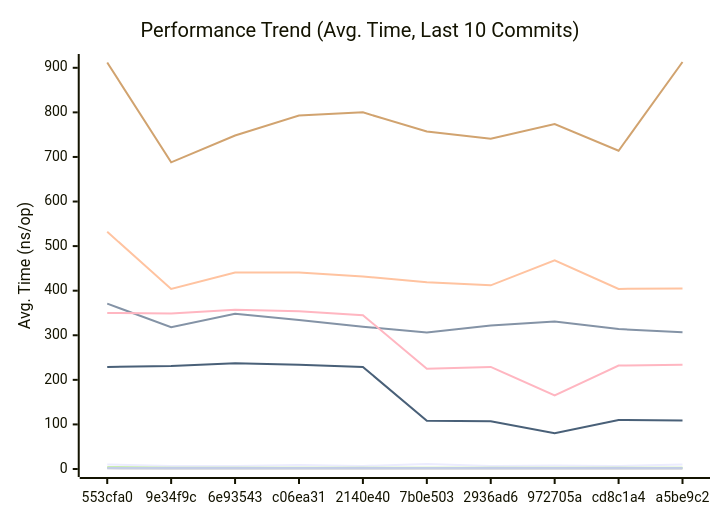
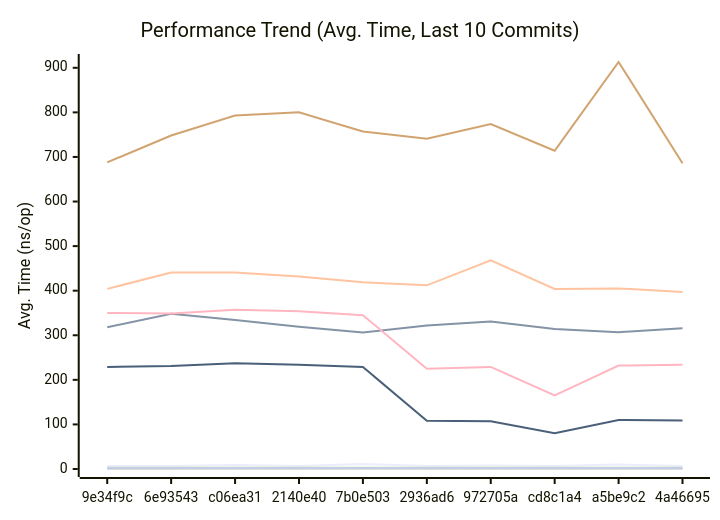
Before and after one commit to alsotoes/momo: the first of 3 diagrams in docs/PERFORMANCE.md, drawn with Mermaid. The commit also changed other lines of this file and 7 other files, not shown here.

````diff
--- a/docs/PERFORMANCE.md
+++ b/docs/PERFORMANCE.md
@@ -80,16 +80,16 @@
 ```mermaid
 xychart-beta
     title "Performance Trend (Avg. Time, Last 10 Commits)"
     x-axis "Commit"
     y-axis "Avg. Time (ns/op)"
-    x-axis [553cfa0,9e34f9c,6e93543,c06ea31,2140e40,7b0e503,2936ad6,972705a,cd8c1a4,a5be9c2]
-    line "CheckMetricsAndSwap" [10,7,7,9,7,11,7,8,7,10]
-    line "CrushOptimized" [371,318,348,334,319,306,322,331,314,307]
-    line "CrushOriginal" [532,404,441,441,432,419,412,468,404,405]
-    line "IndexDirectTracking" [1,0,0,0,0,0,0,0,0,0]
-    line "IndexSearch" [4,3,3,3,3,3,3,3,3,3]
-    line "LoadGlobalConfig" [912,688,748,793,800,757,741,774,714,913]
+    x-axis [9e34f9c,6e93543,c06ea31,2140e40,7b0e503,2936ad6,972705a,cd8c1a4,a5be9c2,4a46695]
+    line "CheckMetricsAndSwap" [7,7,9,7,11,7,8,7,10,7]
+    line "CrushOptimized" [318,348,334,319,306,322,331,314,307,316]
+    line "CrushOriginal" [404,441,441,432,419,412,468,404,405,397]
+    line "IndexDirectTracking" [0,0,0,0,0,0,0,0,0,0]
+    line "IndexSearch" [3,3,3,3,3,3,3,3,3,3]
+    line "LoadGlobalConfig" [688,748,793,800,757,741,774,714,913,686]
     line "PadString" [2,2,2,2,2,2,2,2,2,2]
     line "ParseReplicationOrder_NoPrealloc" [350,349,357,354,345,225,229,165,232,234]
     line "ParseReplicationOrder_Prealloc" [229,231,237,234,229,108,107,80,110,109]
 ```
````
